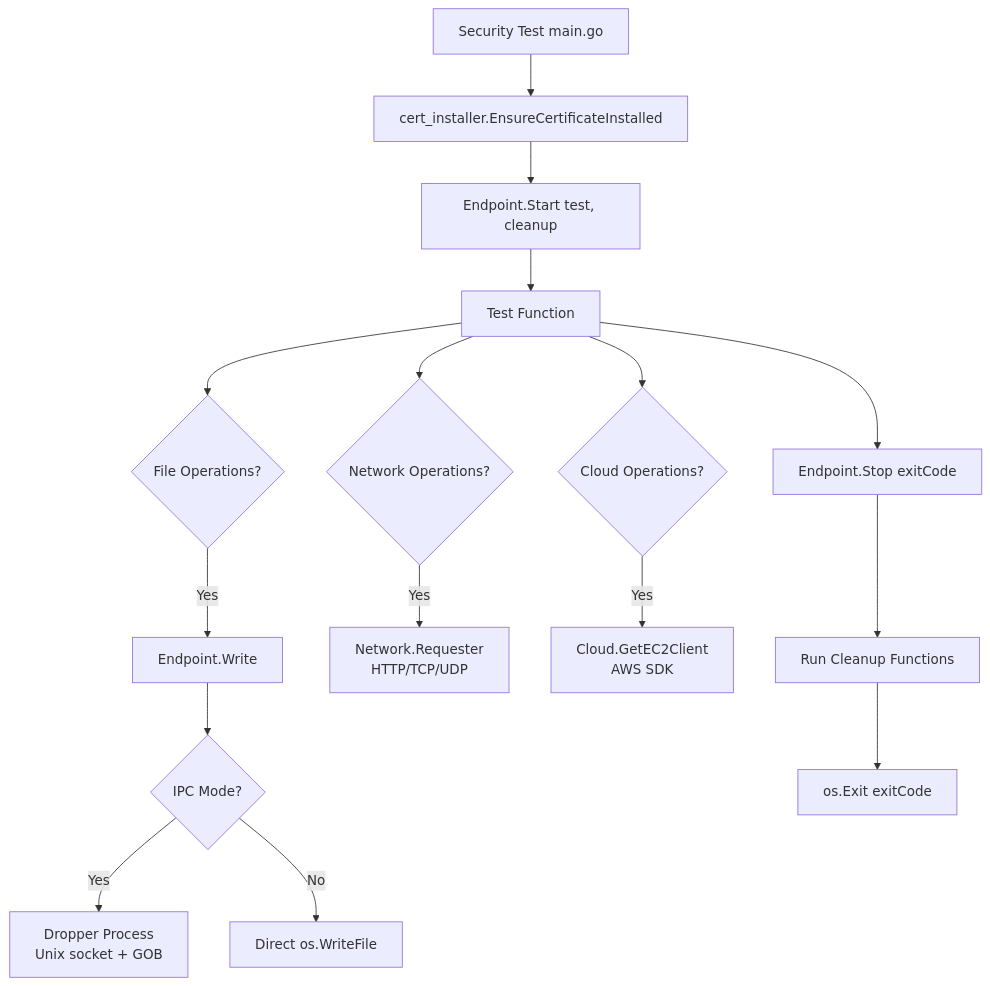
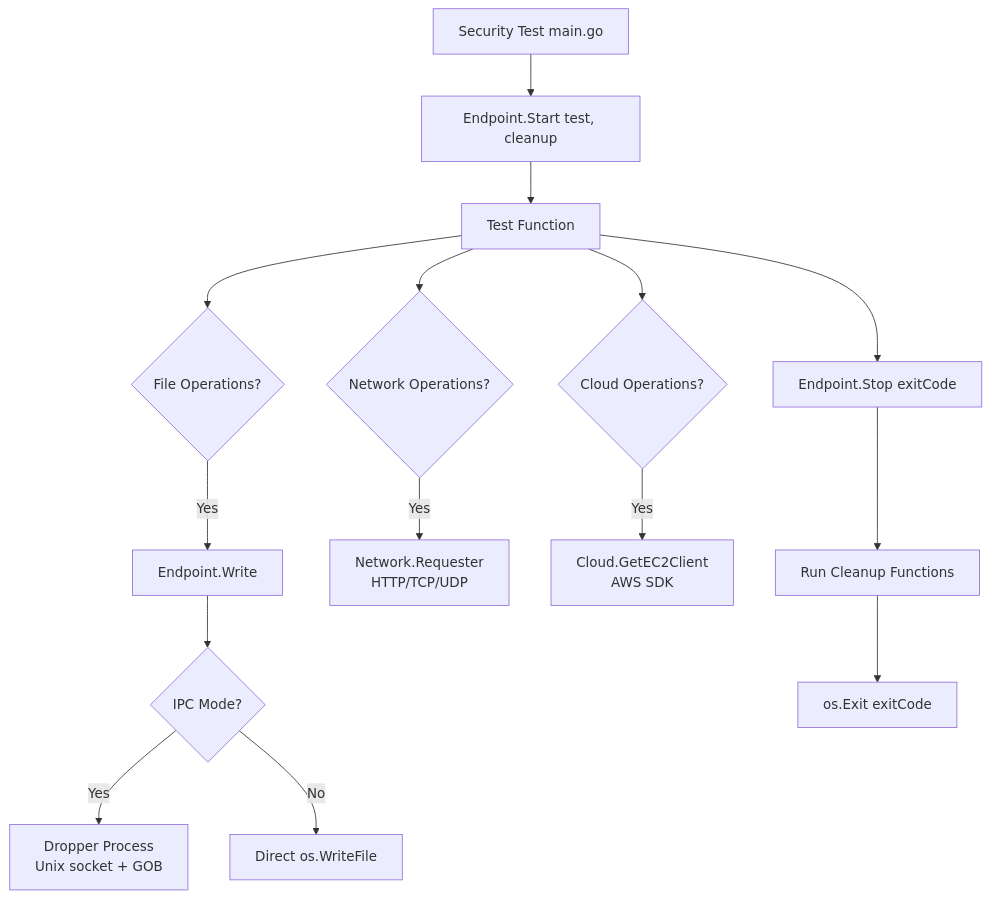
The diagram in wiki/docs/developer-guide/test-library.md (projectachilles/ProjectAchilles), drawn with Mermaid before and after one commit. The commit also changed other lines of this file and 19 other files, not shown here.

````diff
--- a/wiki/docs/developer-guide/test-library.md
+++ b/wiki/docs/developer-guide/test-library.md
@@ -201,18 +192,17 @@
 ```mermaid
 graph TD
-    A[Security Test main.go] --> B[cert_installer.EnsureCertificateInstalled]
-    B --> C[Endpoint.Start test, cleanup]
+    A[Security Test main.go] --> C[Endpoint.Start test, cleanup]
     C --> D[Test Function]
     D --> E{File Operations?}
     E -->|Yes| F[Endpoint.Write]
     F --> G{IPC Mode?}
     G -->|Yes| H[Dropper Process<br/>Unix socket + GOB]
     G -->|No| I[Direct os.WriteFile]
     D --> J{Network Operations?}
     J -->|Yes| K[Network.Requester<br/>HTTP/TCP/UDP]
     D --> L{Cloud Operations?}
     L -->|Yes| M[Cloud.GetEC2Client<br/>AWS SDK]
     D --> N[Endpoint.Stop exitCode]
     N --> O[Run Cleanup Functions]
     O --> P[os.Exit exitCode]
 ```
````
